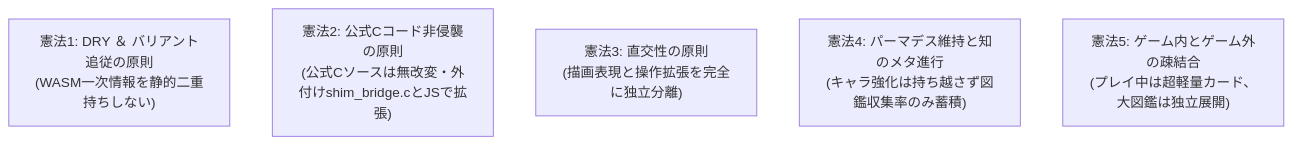
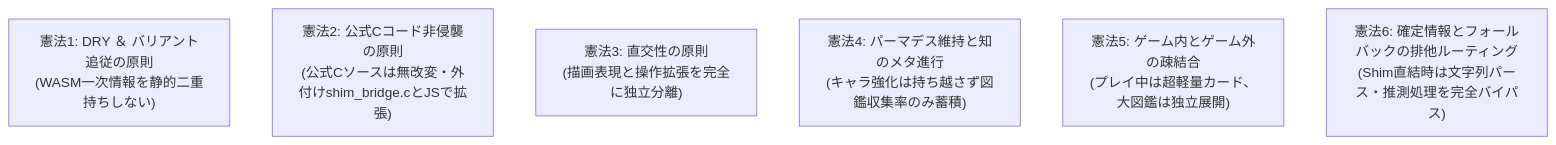
One commit to e3sh/Nethack-wasm-webUI changed the fourth of 4 diagrams in docs/SYSTEM_CAPABILITIES.md. Above: the diagram before and after it, drawn with Mermaid. The commit also changed other lines of this file and 3 other files, not shown here.

````diff
--- a/docs/SYSTEM_CAPABILITIES.md
+++ b/docs/SYSTEM_CAPABILITIES.md
@@ -297,8 +297,9 @@
 ```mermaid
 graph TD
     Const1["憲法1: DRY ＆ バリアント追従の原則\n(WASM一次情報を静的二重持ちしない)"]
     Const2["憲法2: 公式Cコード非侵襲の原則\n(公式Cソースは無改変・外付けshim_bridge.cとJSで拡張)"]
     Const3["憲法3: 直交性の原則\n(描画表現と操作拡張を完全に独立分離)"]
     Const4["憲法4: パーマデス維持と知のメタ進行\n(キャラ強化は持ち越さず図鑑収集率のみ蓄積)"]
     Const5["憲法5: ゲーム内とゲーム外の疎結合\n(プレイ中は超軽量カード、大図鑑は独立展開)"]
+    Const6["憲法6: 確定情報とフォールバックの排他ルーティング\n(Shim直結時は文字列パース・推測処理を完全バイパス)"]
 ```
````
